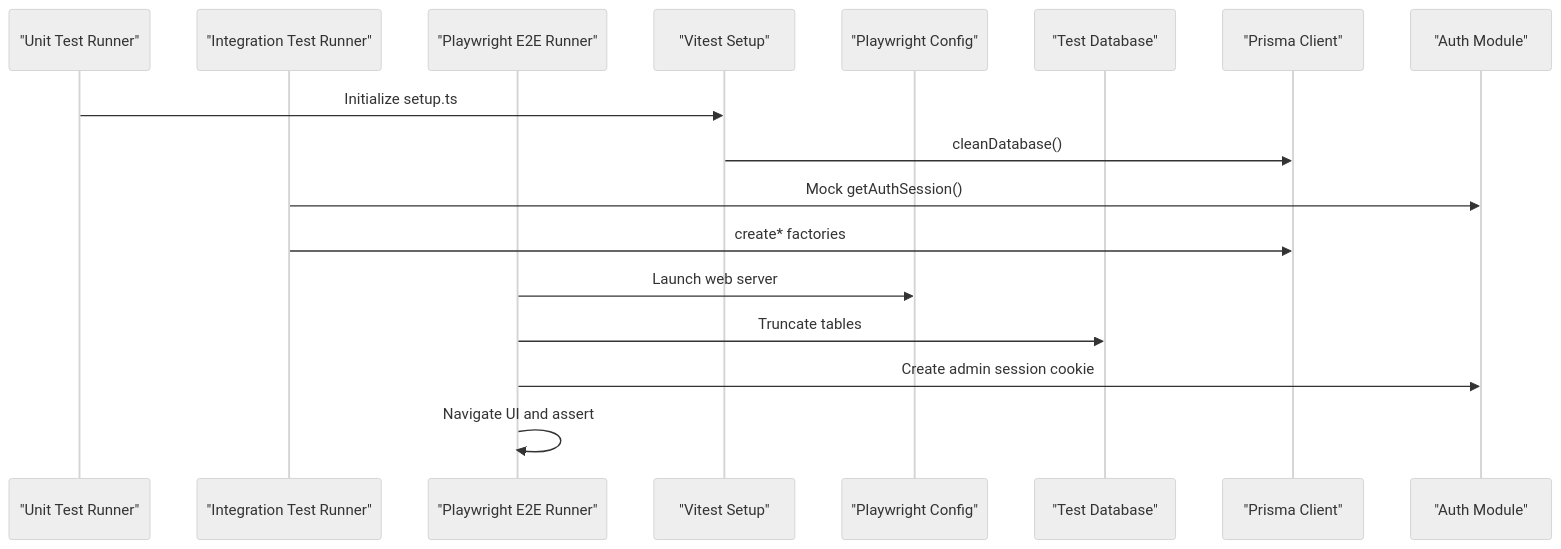
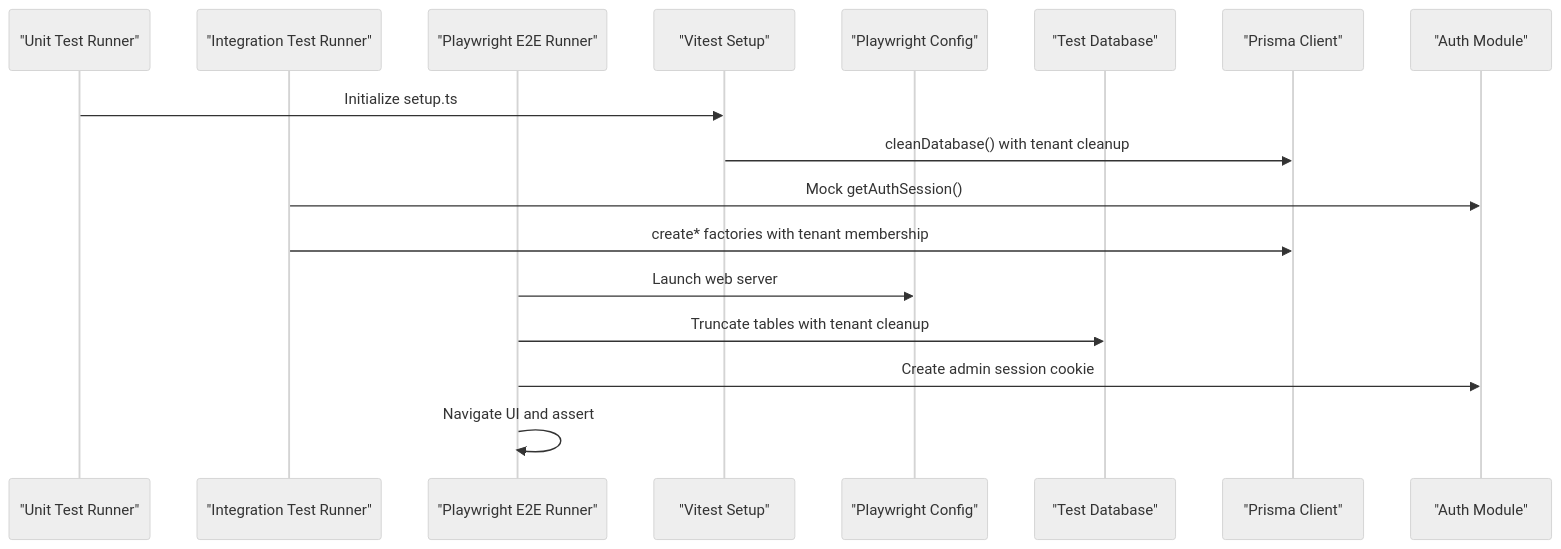
Before and after one commit to nzey11/erp-new: the second of 5 diagrams in .qoder/repowiki/en/content/Testing Strategy/Testing Infrastructure.md, drawn with Mermaid (neutral theme). The commit also changed other lines of this file and 5 other files, not shown here.

````diff
--- a/.qoder/repowiki/en/content/Testing Strategy/Testing Infrastructure.md
+++ b/.qoder/repowiki/en/content/Testing Strategy/Testing Infrastructure.md
@@ -136,19 +149,19 @@
 ```mermaid
 sequenceDiagram
 participant UT as "Unit Test Runner"
 participant IT as "Integration Test Runner"
 participant ET as "Playwright E2E Runner"
 participant VT as "Vitest Setup"
 participant PT as "Playwright Config"
 participant DB as "Test Database"
 participant PRISMA as "Prisma Client"
 participant AUTH as "Auth Module"
 UT->>VT : Initialize setup.ts
-VT->>PRISMA : cleanDatabase()
+VT->>PRISMA : cleanDatabase() with tenant cleanup
 IT->>AUTH : Mock getAuthSession()
-IT->>PRISMA : create* factories
+IT->>PRISMA : create* factories with tenant membership
 ET->>PT : Launch web server
-ET->>DB : Truncate tables
+ET->>DB : Truncate tables with tenant cleanup
 ET->>AUTH : Create admin session cookie
 ET->>ET : Navigate UI and assert
 ```
````
